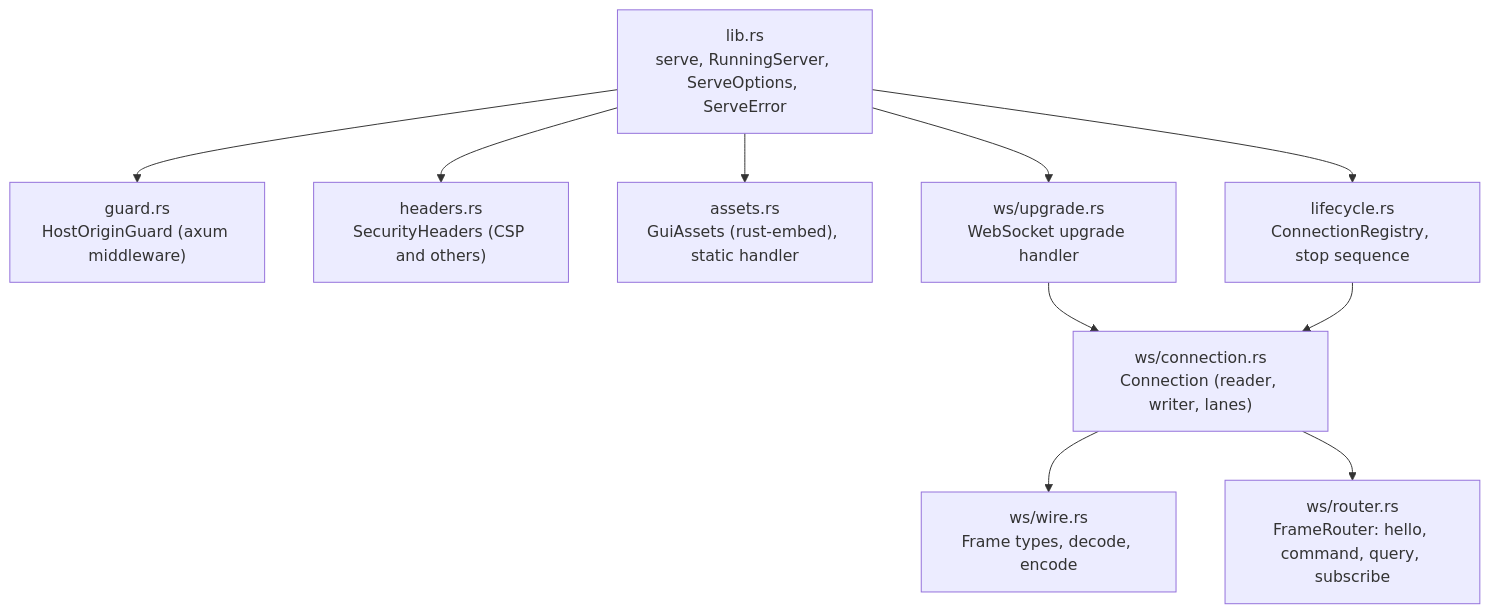
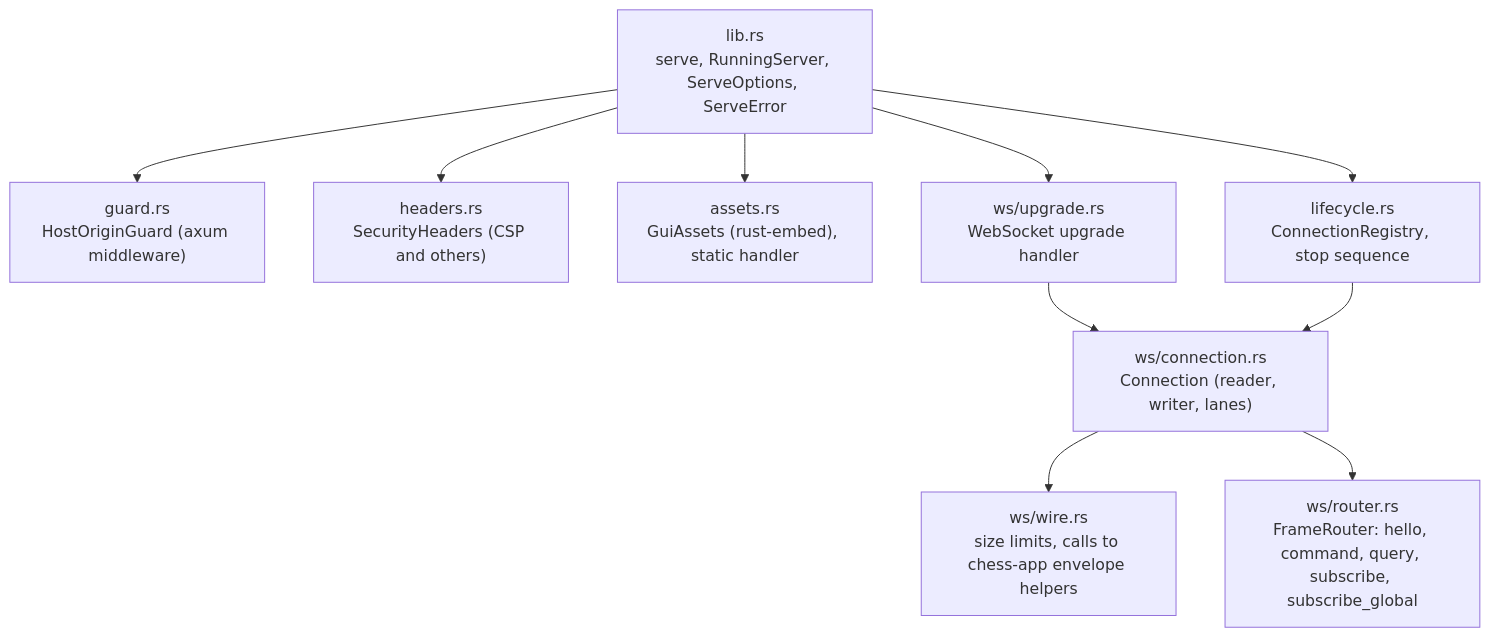
Before and after one commit to bprascher/chess: the second of 7 diagrams in docs/design/SDD-chess-server.md, drawn with Mermaid. The commit also changed other lines of this file and 17 other files, not shown here.

First line of the commit message:
Apply architecture addendum B and C to the SDDs and add the v0.4 consistency pass

````diff
--- a/docs/design/SDD-chess-server.md
+++ b/docs/design/SDD-chess-server.md
@@ -106,21 +106,21 @@
 ```mermaid
 flowchart TB
     api["lib.rs<br/>serve, RunningServer, ServeOptions, ServeError"]
     guard["guard.rs<br/>HostOriginGuard (axum middleware)"]
     hdr["headers.rs<br/>SecurityHeaders (CSP and others)"]
     assets["assets.rs<br/>GuiAssets (rust-embed), static handler"]
     ws["ws/upgrade.rs<br/>WebSocket upgrade handler"]
     conn["ws/connection.rs<br/>Connection (reader, writer, lanes)"]
-    wire["ws/wire.rs<br/>Frame types, decode, encode"]
-    route["ws/router.rs<br/>FrameRouter: hello, command, query, subscribe"]
+    wire["ws/wire.rs<br/>size limits, calls to chess-app envelope helpers"]
+    route["ws/router.rs<br/>FrameRouter: hello, command, query, subscribe, subscribe_global"]
     life["lifecycle.rs<br/>ConnectionRegistry, stop sequence"]
     api --> guard
     api --> hdr
     api --> assets
     api --> ws
     api --> life
     ws --> conn
     conn --> wire
     conn --> route
     life --> conn
 ```
````
